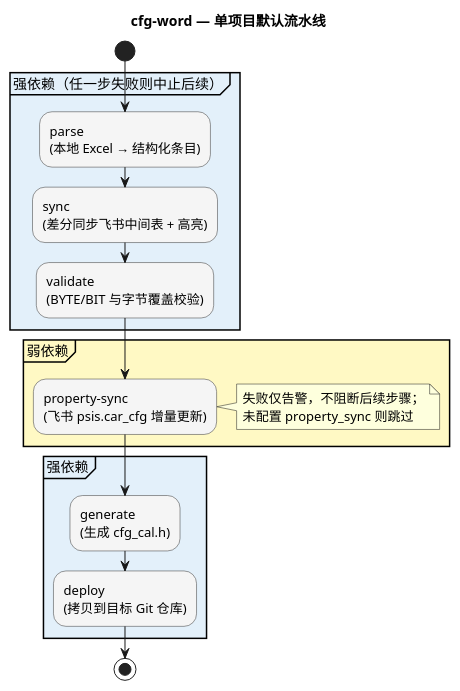
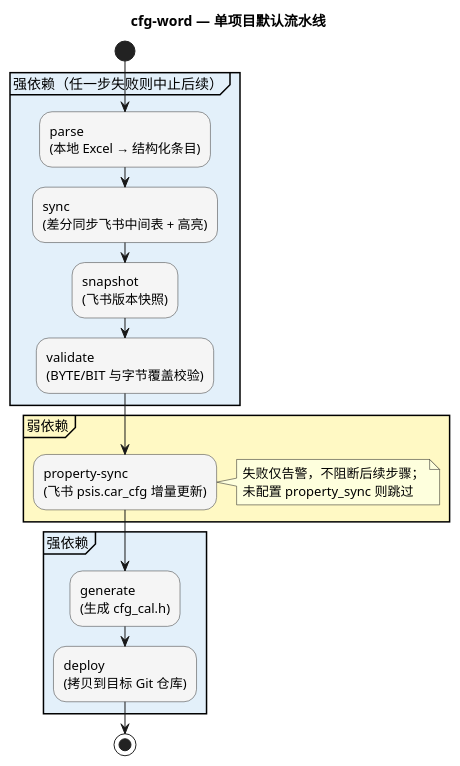
Before and after one commit to BryanRun/ADK: the diagram in docs/cfg-word使用手册.md, drawn with PlantUML. The commit also changed other lines of this file and 5 other files, not shown here.

````diff
--- a/docs/cfg-word使用手册.md
+++ b/docs/cfg-word使用手册.md
@@ -67,35 +80,36 @@
 ```plantuml
 @startuml cfg_word_pipeline
 skinparam shadowing false
 skinparam activity {
   BackgroundColor #F5F5F5
   BorderColor #333333
   FontSize 13
 }
 title cfg-word — 单项目默认流水线
 
 start
 
 partition "强依赖（任一步失败则中止后续）" #E3F0FA {
   :parse\n(本地 Excel → 结构化条目);
   :sync\n(差分同步飞书中间表 + 高亮);
+  :snapshot\n(飞书版本快照);
   :validate\n(BYTE/BIT 与字节覆盖校验);
 }
 
 partition "弱依赖" #FFF9C4 {
   :property-sync\n(飞书 psis.car_cfg 增量更新);
   note right
     失败仅告警，不阻断后续步骤；
     未配置 property_sync 则跳过
   end note
 }
 
 partition "强依赖" #E3F0FA {
   :generate\n(生成 cfg_cal.h);
   :deploy\n(拷贝到目标 Git 仓库);
 }
 
 stop
 
 @enduml
 ```
````
